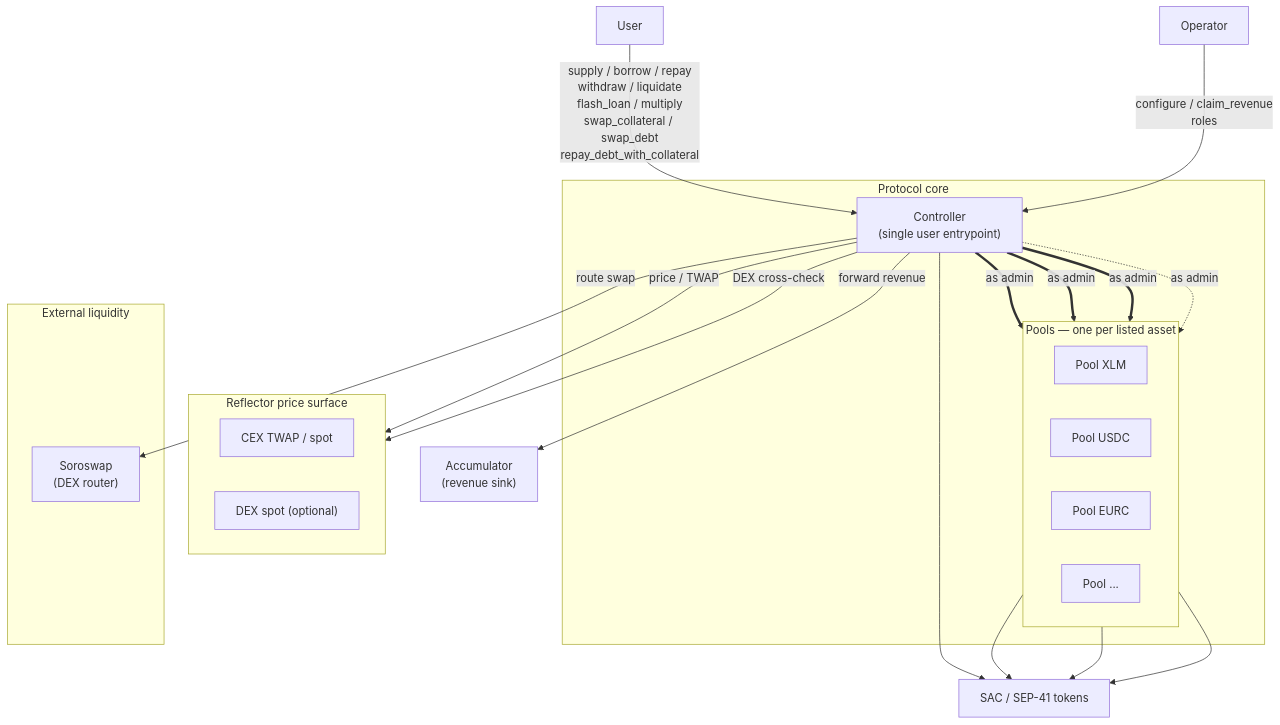
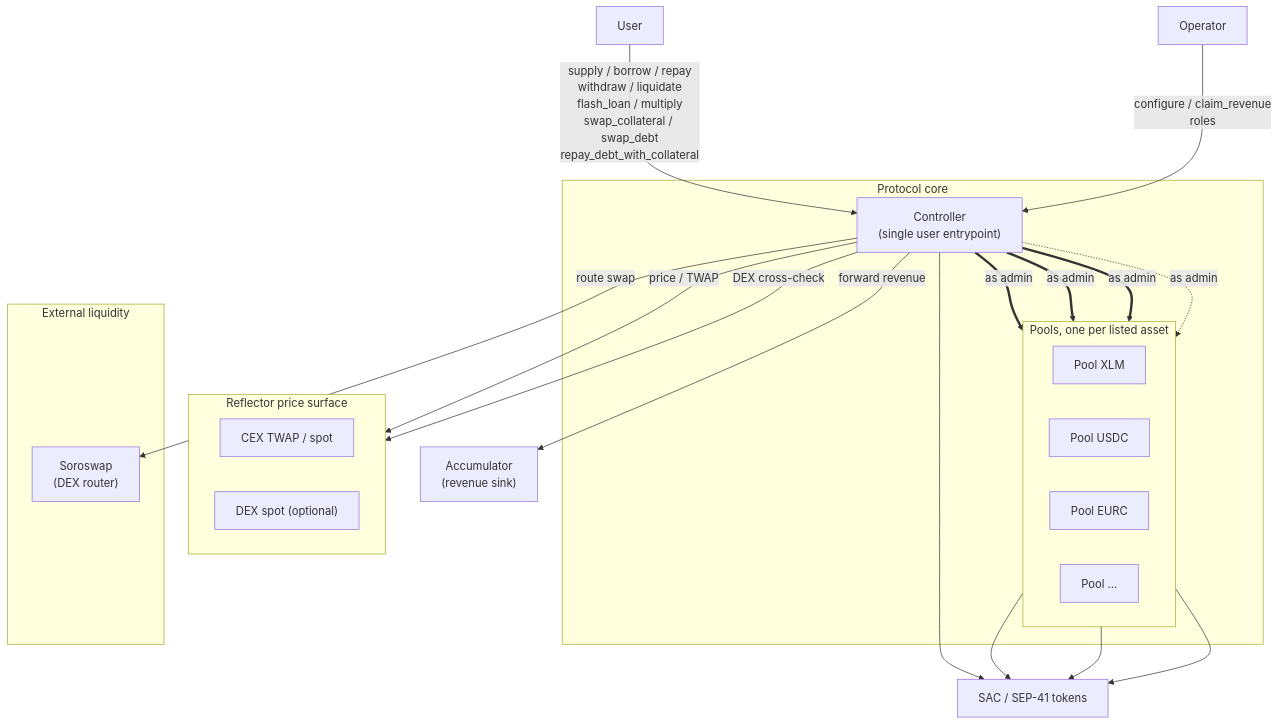
One commit to XOXNO/rs-lending-xlm changed the first of 15 diagrams in SCF_BUILD_ARCHITECTURE.md. Above: the diagram before and after it, drawn with Mermaid. The commit also changed other lines of this file and 134 other files, not shown here.

````diff
--- a/SCF_BUILD_ARCHITECTURE.md
+++ b/SCF_BUILD_ARCHITECTURE.md
@@ -59,49 +59,49 @@
 ```mermaid
 flowchart TB
     User
     Operator
 
     subgraph core["Protocol core"]
         Controller["Controller<br/>(single user entrypoint)"]
-        subgraph pools["Pools — one per listed asset"]
+        subgraph pools["Pools, one per listed asset"]
             direction LR
             PoolXLM["Pool XLM"]
             PoolUSDC["Pool USDC"]
             PoolEURC["Pool EURC"]
             PoolN["Pool ..."]
         end
     end
 
     subgraph oracles["Reflector price surface"]
         direction LR
         CEX["CEX TWAP / spot"]
         DEX["DEX spot (optional)"]
     end
 
     subgraph external["External liquidity"]
         Soroswap["Soroswap<br/>(DEX router)"]
     end
 
     Tok["SAC / SEP-41 tokens"]
     Acc["Accumulator<br/>(revenue sink)"]
 
     User -->|"supply / borrow / repay<br/>withdraw / liquidate<br/>flash_loan / multiply<br/>swap_collateral / swap_debt<br/>repay_debt_with_collateral"| Controller
     Operator -->|"configure / claim_revenue<br/>roles"| Controller
 
     Controller ==>|"as admin"| PoolXLM
     Controller ==>|"as admin"| PoolUSDC
     Controller ==>|"as admin"| PoolEURC
     Controller -.->|"as admin"| PoolN
 
     Controller -->|"price / TWAP"| CEX
     Controller -->|"DEX cross-check"| DEX
 
     Controller -->|"route swap"| Soroswap
 
     Controller --> Tok
     PoolXLM --> Tok
     PoolUSDC --> Tok
     PoolEURC --> Tok
 
     Controller -->|"forward revenue"| Acc
 ```
````
